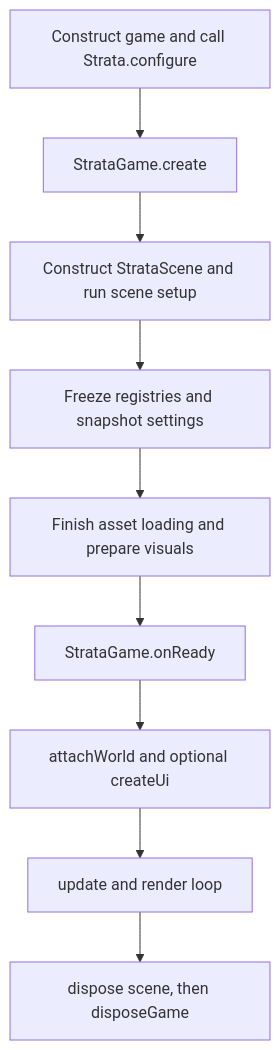
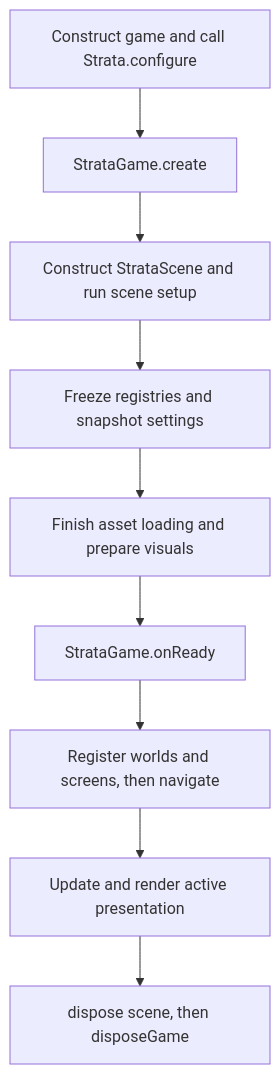
One commit to mefabc24/Strata changed the third of 3 diagrams in Documentation/Architecture.md. Above: the diagram before and after it, drawn with Mermaid. The commit also changed other lines of this file and 14 other files, not shown here.

Commit message:
docs(engine): document screens and multiple worlds

````diff
--- a/Documentation/Architecture.md
+++ b/Documentation/Architecture.md
@@ -53,11 +53,11 @@
 ```mermaid
 flowchart TD
     A[Construct game and call Strata.configure] --> B[StrataGame.create]
     B --> C[Construct StrataScene and run scene setup]
     C --> D[Freeze registries and snapshot settings]
     D --> E[Finish asset loading and prepare visuals]
     E --> F[StrataGame.onReady]
-    F --> G[attachWorld and optional createUi]
-    G --> H[update and render loop]
+    F --> G[Register worlds and screens, then navigate]
+    G --> H[Update and render active presentation]
     H --> I[dispose scene, then disposeGame]
 ```
````
